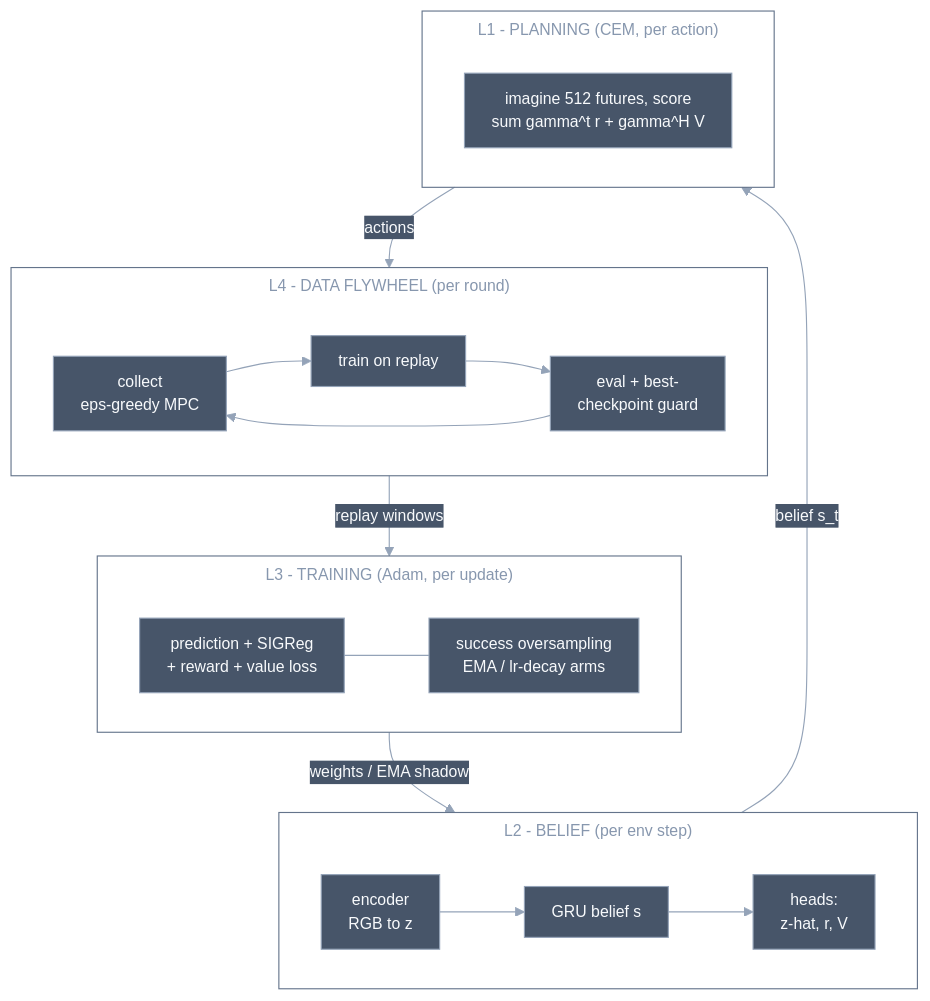
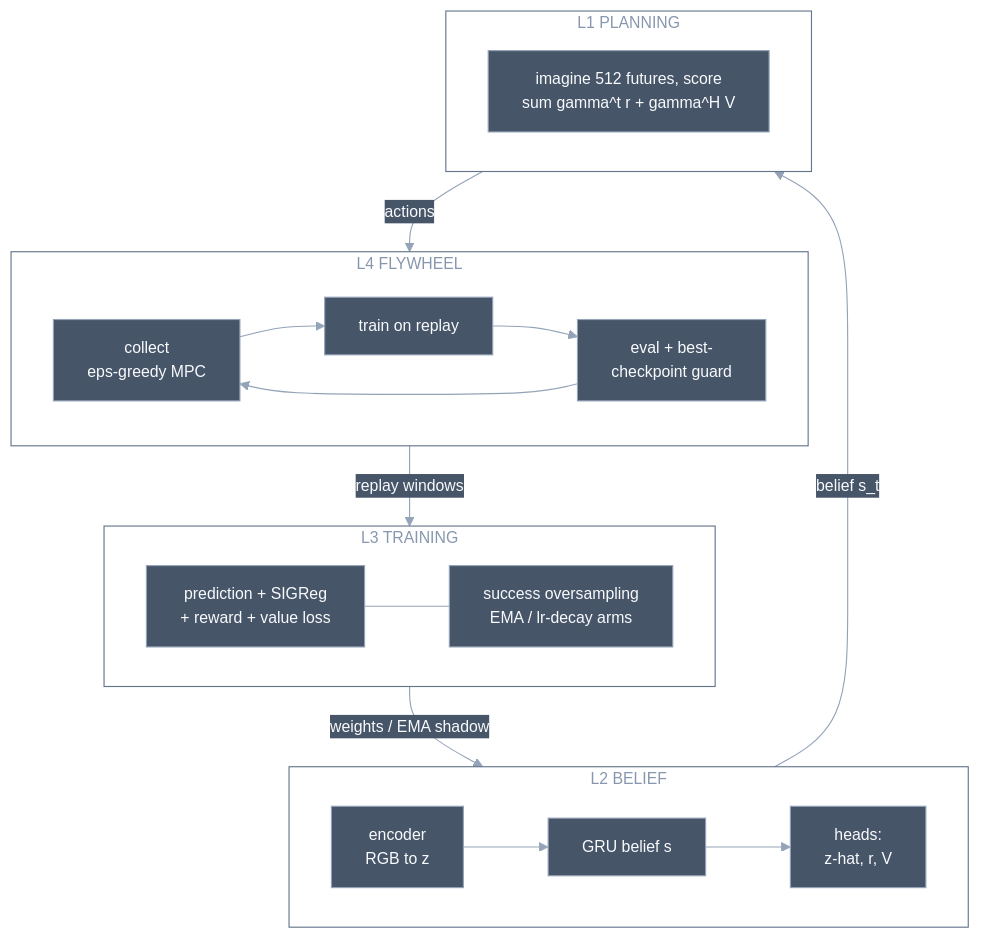
Before and after one commit to davidverholen/world-model-lab: the diagram in knowledge/concepts/agent-architecture.md, drawn with Mermaid.

Commit message:
mermaid: revert v10.7-only config (crashed older renderer), short cluster titles instead

````diff
--- a/knowledge/concepts/agent-architecture.md
+++ b/knowledge/concepts/agent-architecture.md
@@ -18,33 +18,31 @@
 ```mermaid
-%%{init: {"theme":"base",
-  "flowchart":{"padding":12,"subGraphTitleMargin":{"top":6,"bottom":14}},
-  "themeVariables":{
+%%{init: {"theme":"base","themeVariables":{
   "primaryColor":"#475569","primaryTextColor":"#f8fafc","primaryBorderColor":"#94a3b8",
   "lineColor":"#94a3b8","textColor":"#64748b",
   "clusterBkg":"transparent","clusterBorder":"#64748b",
   "edgeLabelBackground":"#475569","fontSize":"14px"}}}%%
 flowchart TB
-    subgraph L4["L4 - DATA FLYWHEEL (per round)"]
+    subgraph L4["L4 FLYWHEEL"]
         direction LR
         collect["collect<br/>eps-greedy MPC"] --> trainstep["train on replay"] --> evalstep["eval + best-<br/>checkpoint guard"] --> collect
     end
 
-    subgraph L3["L3 - TRAINING (Adam, per update)"]
+    subgraph L3["L3 TRAINING"]
         direction LR
         loss["prediction + SIGReg<br/>+ reward + value loss"] --- tricks["success oversampling<br/>EMA / lr-decay arms"]
     end
 
-    subgraph L2["L2 - BELIEF (per env step)"]
+    subgraph L2["L2 BELIEF"]
         direction LR
         enc["encoder<br/>RGB to z"] --> gru["GRU belief s"] --> heads["heads:<br/>z-hat, r, V"]
     end
 
-    subgraph L1["L1 - PLANNING (CEM, per action)"]
+    subgraph L1["L1 PLANNING"]
         cem["imagine 512 futures, score<br/>sum gamma^t r + gamma^H V"]
     end
 
     L4 -->|replay windows| L3
     L3 -->|weights / EMA shadow| L2
     L2 -->|belief s_t| L1
     L1 -->|actions| L4
 ```
````
